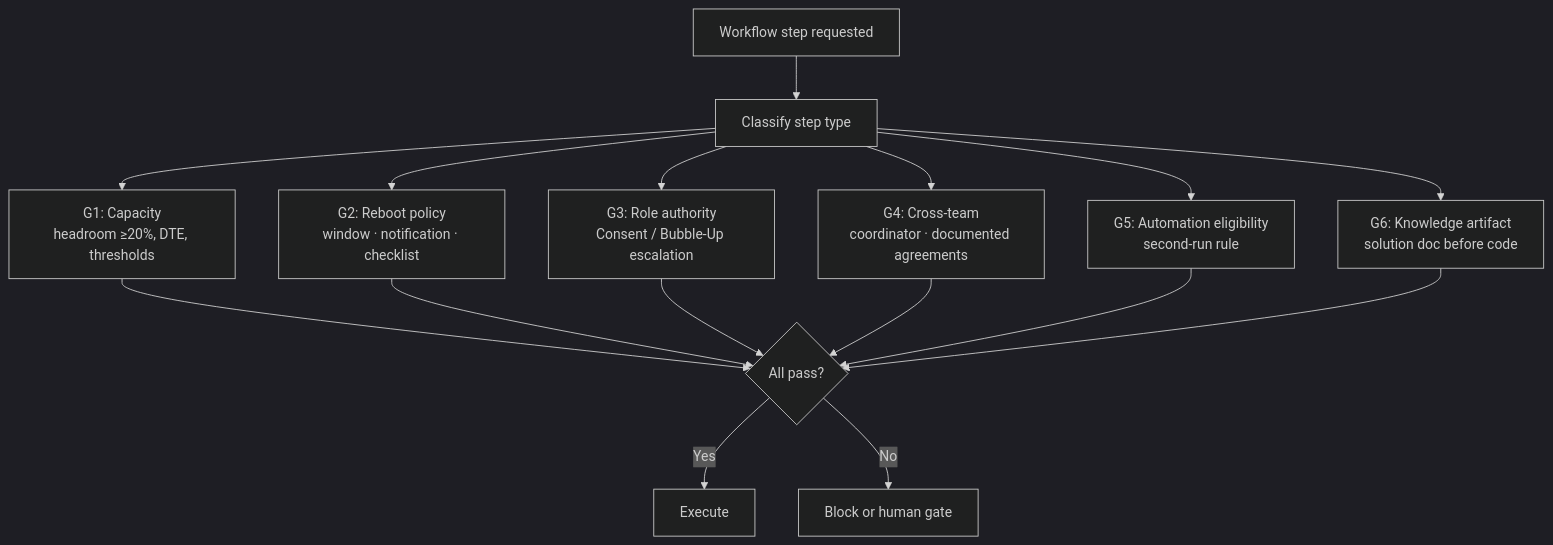
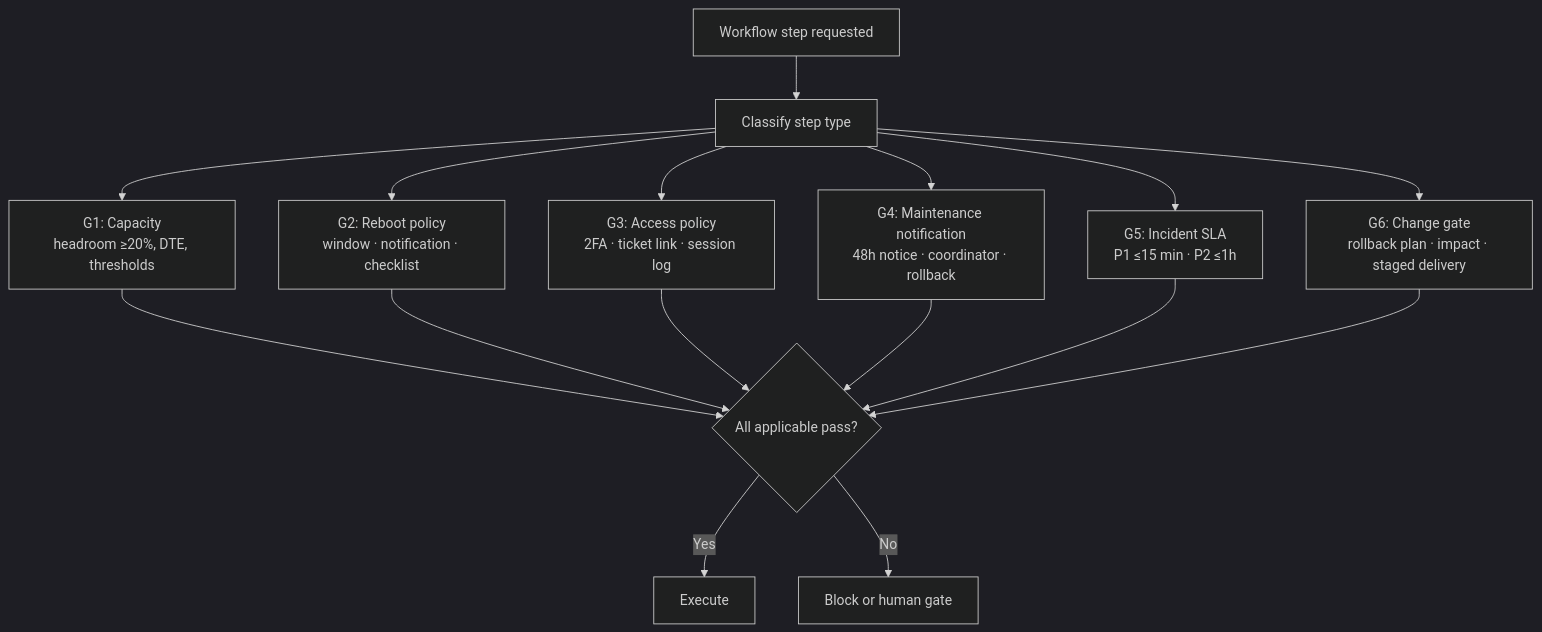
The second of 2 diagrams in README.md (dmitrij-petrov/ai-infra-workflows), drawn with Mermaid (dark theme) before and after one commit. The commit also changed other lines of this file and 4 other files, not shown here.

````diff
--- a/README.md
+++ b/README.md
@@ -85,13 +86,13 @@
 ```mermaid
 flowchart TD
     S[Workflow step requested] --> C[Classify step type]
     C --> G1[G1: Capacity\nheadroom ≥20%, DTE, thresholds]
     C --> G2[G2: Reboot policy\nwindow · notification · checklist]
-    C --> G3[G3: Role authority\nConsent / Bubble-Up escalation]
-    C --> G4[G4: Cross-team\ncoordinator · documented agreements]
-    C --> G5[G5: Automation eligibility\nsecond-run rule]
-    C --> G6[G6: Knowledge artifact\nsolution doc before code]
-    G1 & G2 & G3 & G4 & G5 & G6 --> R{All pass?}
+    C --> G3[G3: Access policy\n2FA · ticket link · session log]
+    C --> G4[G4: Maintenance notification\n48h notice · coordinator · rollback]
+    C --> G5[G5: Incident SLA\nP1 ≤15 min · P2 ≤1h]
+    C --> G6[G6: Change gate\nrollback plan · impact · staged delivery]
+    G1 & G2 & G3 & G4 & G5 & G6 --> R{All applicable pass?}
     R -->|Yes| E[Execute]
     R -->|No| H[Block or human gate]
 ```
````
